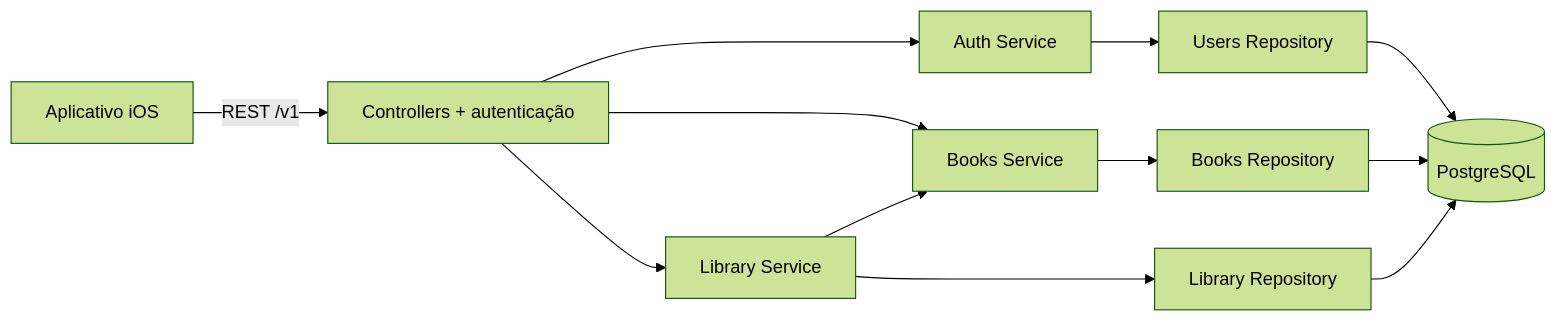
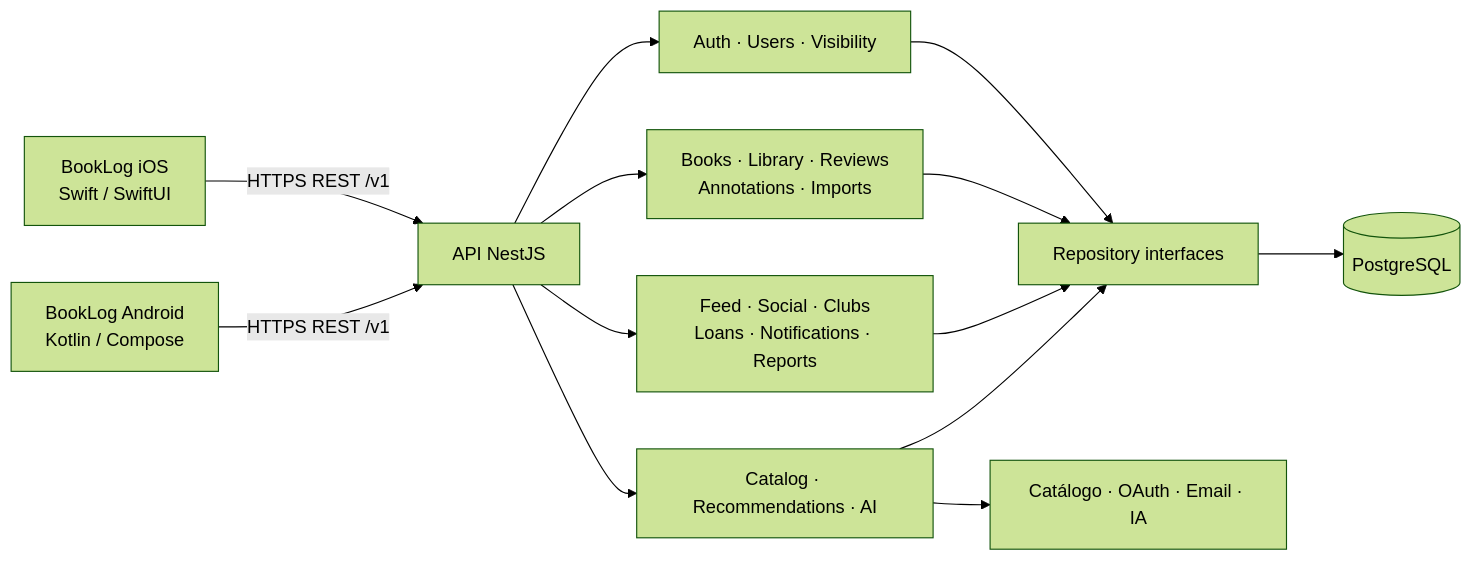
One commit to GabrielBuck/Lab-engenharia-de-software changed the diagram in docs/06-arquitetura/diagrama-componentes.md. Above: the diagram before and after it, drawn with Mermaid (forest theme). The commit also changed other lines of this file and 22 other files, not shown here.

Commit message:
docs(architecture): sync current BookLog state

````diff
--- a/docs/06-arquitetura/diagrama-componentes.md
+++ b/docs/06-arquitetura/diagrama-componentes.md
@@ -4,14 +4,15 @@
 ```mermaid
 flowchart LR
-  App["Aplicativo iOS"] -->|REST /v1| API["Controllers + autenticação"]
-  API --> Auth["Auth Service"]
-  API --> Books["Books Service"]
-  API --> Library["Library Service"]
-  Auth --> UsersRepo["Users Repository"]
-  Books --> BooksRepo["Books Repository"]
-  Library --> LibraryRepo["Library Repository"]
-  Library --> Books
-  UsersRepo --> DB[("PostgreSQL")]
-  BooksRepo --> DB
-  LibraryRepo --> DB
+  iOS["BookLog iOS\nSwift / SwiftUI"] -->|HTTPS REST /v1| API["API NestJS"]
+  Android["BookLog Android\nKotlin / Compose"] -->|HTTPS REST /v1| API
+  API --> Identity["Auth · Users · Visibility"]
+  API --> Reading["Books · Library · Reviews\nAnnotations · Imports"]
+  API --> Community["Feed · Social · Clubs\nLoans · Notifications · Reports"]
+  API --> Discovery["Catalog · Recommendations · AI"]
+  Identity --> Repositories["Repository interfaces"]
+  Reading --> Repositories
+  Community --> Repositories
+  Discovery --> Repositories
+  Repositories --> DB[("PostgreSQL")]
+  Discovery --> Providers["Catálogo · OAuth · Email · IA"]
 ```
````
